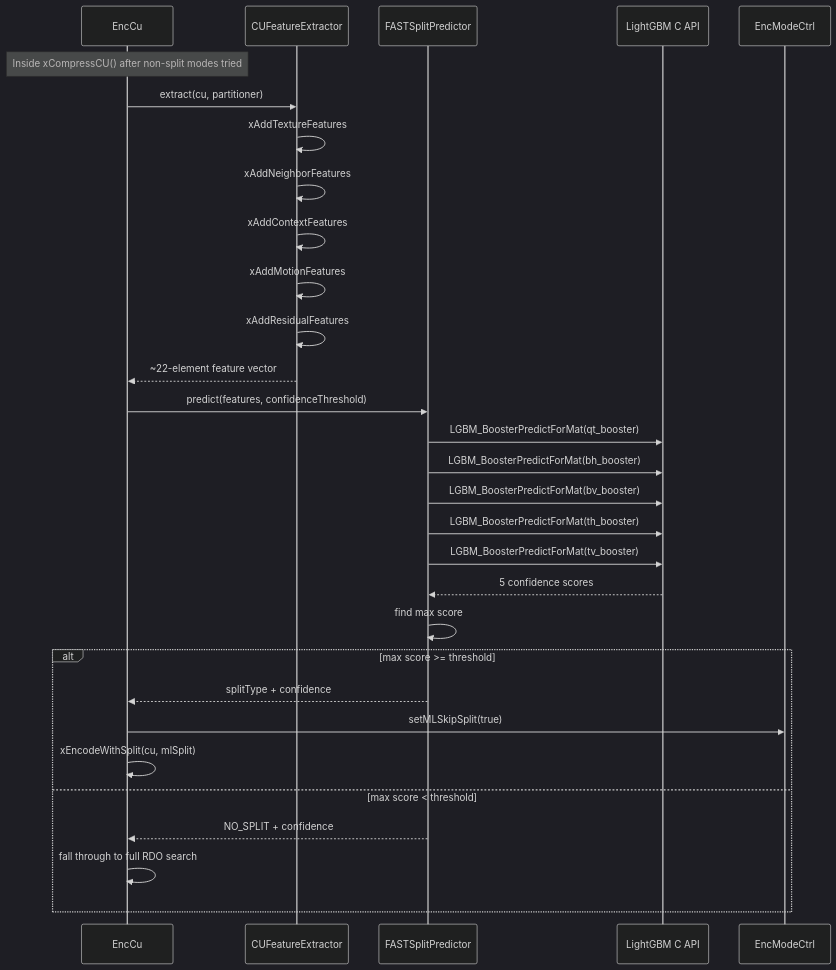
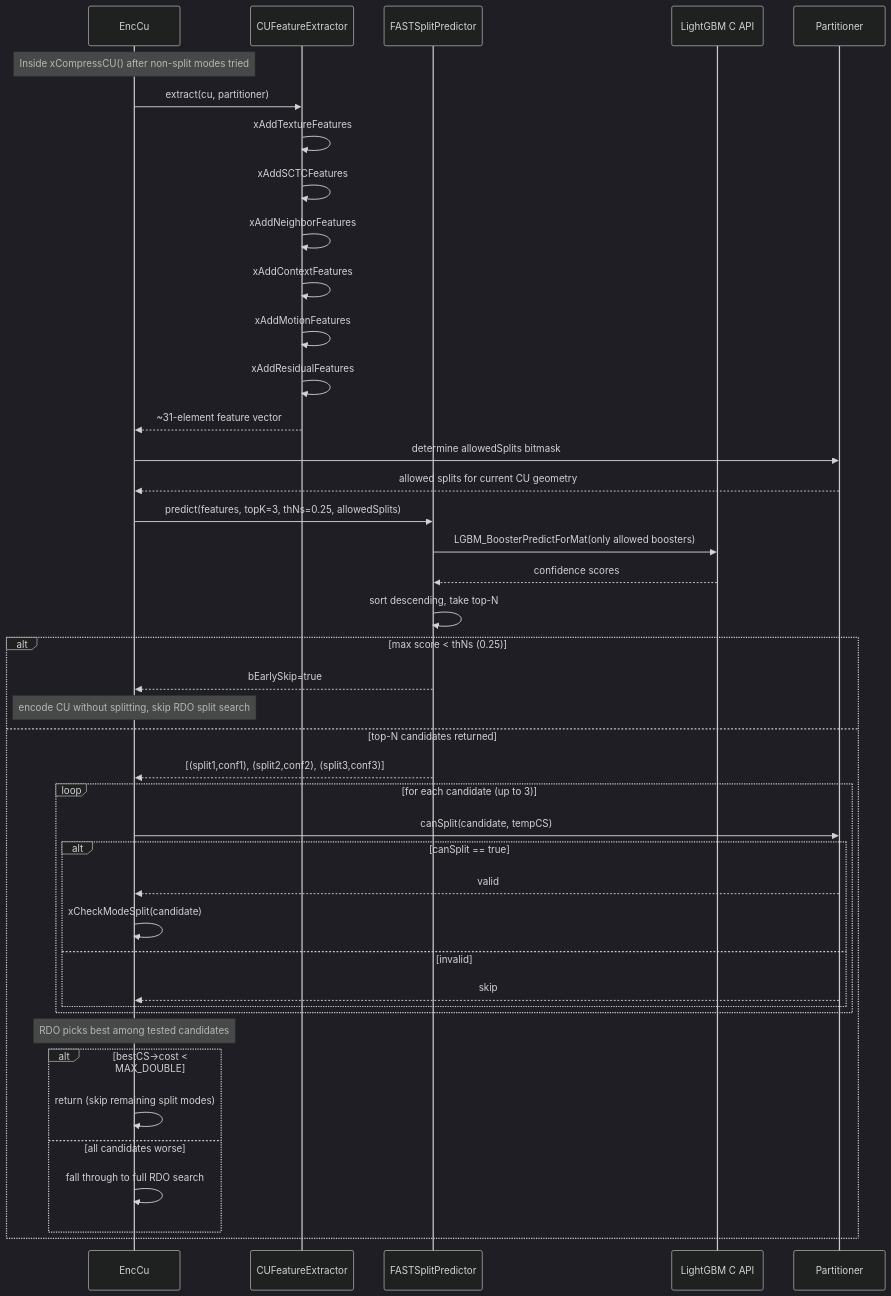
One commit to opensassi/deepenc changed the second of 3 diagrams in source/Lib/MLTools/MLTools.spec.md. Above: the diagram before and after it, drawn with Mermaid (dark theme). The commit also changed other lines of this file and 24 other files, not shown here.

````diff
--- a/source/Lib/MLTools/MLTools.spec.md
+++ b/source/Lib/MLTools/MLTools.spec.md
@@ -64,34 +67,47 @@
 ```mermaid
 sequenceDiagram
     participant EncCu
     participant CUFeatureExtractor
     participant FASTSplitPredictor
     participant LightGBM as LightGBM C API
-    participant EncModeCtrl
+    participant Partitioner
 
     Note over EncCu: Inside xCompressCU() after non-split modes tried
     EncCu->>CUFeatureExtractor: extract(cu, partitioner)
     CUFeatureExtractor->>CUFeatureExtractor: xAddTextureFeatures
+    CUFeatureExtractor->>CUFeatureExtractor: xAddSCTCFeatures
     CUFeatureExtractor->>CUFeatureExtractor: xAddNeighborFeatures
     CUFeatureExtractor->>CUFeatureExtractor: xAddContextFeatures
     CUFeatureExtractor->>CUFeatureExtractor: xAddMotionFeatures
     CUFeatureExtractor->>CUFeatureExtractor: xAddResidualFeatures
-    CUFeatureExtractor-->>EncCu: ~22-element feature vector
+    CUFeatureExtractor-->>EncCu: ~31-element feature vector
 
-    EncCu->>FASTSplitPredictor: predict(features, confidenceThreshold)
-    FASTSplitPredictor->>LightGBM: LGBM_BoosterPredictForMat(qt_booster)
-    FASTSplitPredictor->>LightGBM: LGBM_BoosterPredictForMat(bh_booster)
-    FASTSplitPredictor->>LightGBM: LGBM_BoosterPredictForMat(bv_booster)
-    FASTSplitPredictor->>LightGBM: LGBM_BoosterPredictForMat(th_booster)
-    FASTSplitPredictor->>LightGBM: LGBM_BoosterPredictForMat(tv_booster)
-    LightGBM-->>FASTSplitPredictor: 5 confidence scores
-    FASTSplitPredictor->>FASTSplitPredictor: find max score
-    alt max score >= threshold
-        FASTSplitPredictor-->>EncCu: splitType + confidence
-        EncCu->>EncModeCtrl: setMLSkipSplit(true)
-        EncCu->>EncCu: xEncodeWithSplit(cu, mlSplit)
-    else max score < threshold
-        FASTSplitPredictor-->>EncCu: NO_SPLIT + confidence
-        EncCu->>EncCu: fall through to full RDO search
+    EncCu->>Partitioner: determine allowedSplits bitmask
+    Partitioner-->>EncCu: allowed splits for current CU geometry
+
+    EncCu->>FASTSplitPredictor: predict(features, topK=3, thNs=0.25, allowedSplits)
+    FASTSplitPredictor->>LightGBM: LGBM_BoosterPredictForMat(only allowed boosters)
+    LightGBM-->>FASTSplitPredictor: confidence scores
+    FASTSplitPredictor->>FASTSplitPredictor: sort descending, take top-N
+    alt max score < thNs (0.25)
+        FASTSplitPredictor-->>EncCu: bEarlySkip=true
+        Note over EncCu: encode CU without splitting, skip RDO split search
+    else top-N candidates returned
+        FASTSplitPredictor-->>EncCu: [(split1,conf1), (split2,conf2), (split3,conf3)]
+        loop for each candidate (up to 3)
+            EncCu->>Partitioner: canSplit(candidate, tempCS)
+            alt canSplit == true
+                Partitioner-->>EncCu: valid
+                EncCu->>EncCu: xCheckModeSplit(candidate)
+            else invalid
+                Partitioner-->>EncCu: skip
+            end
+        end
+        Note over EncCu: RDO picks best among tested candidates
+        alt bestCS->cost < MAX_DOUBLE
+            EncCu->>EncCu: return (skip remaining split modes)
+        else all candidates worse
+            EncCu->>EncCu: fall through to full RDO search
+        end
     end
 ```
````
